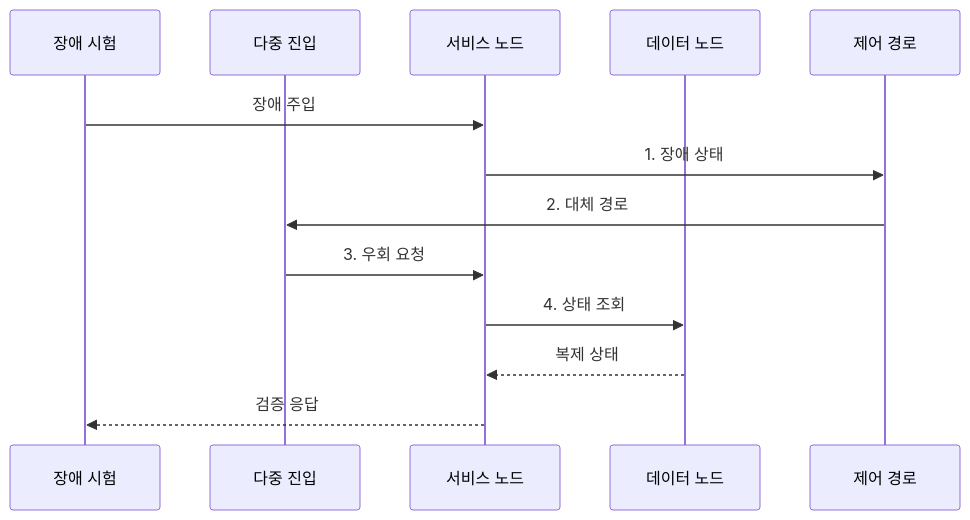
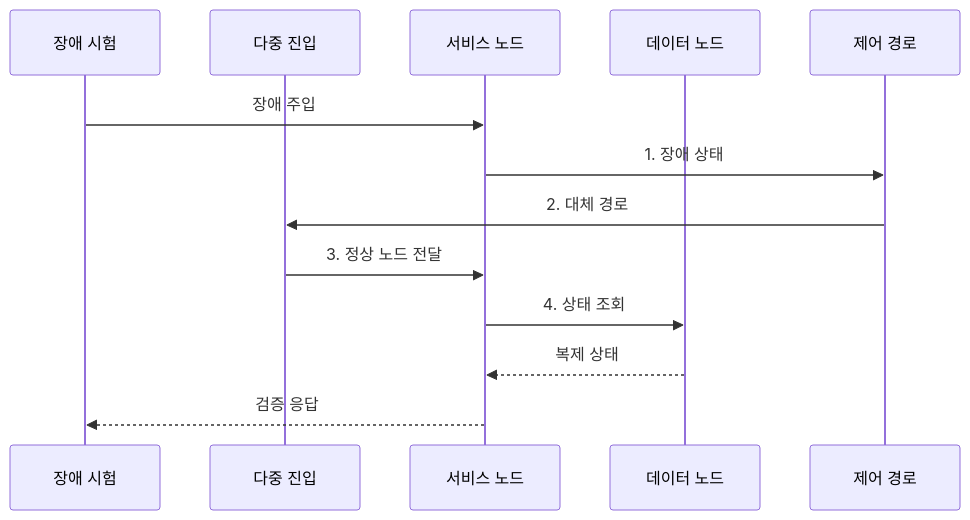
One commit to agnusdei1207/knowledge-base changed the second of 2 diagrams in src/content/docs/notes/03-software/199_spof_elimination.md. Above: the diagram before and after it, drawn with Mermaid. The commit also changed other lines of this file and 18 other files, not shown here.

````diff
--- a/src/content/docs/notes/03-software/199_spof_elimination.md
+++ b/src/content/docs/notes/03-software/199_spof_elimination.md
@@ -86,15 +88,15 @@
 ```mermaid
 sequenceDiagram
     participant T as 장애 시험
     participant E as 다중 진입
     participant S as 서비스 노드
     participant D as 데이터 노드
     participant C as 제어 경로
     T->>S: 장애 주입
     S->>C: 1. 장애 상태
     C->>E: 2. 대체 경로
-    E->>S: 3. 우회 요청
+    E->>S: 3. 정상 노드 전달
     S->>D: 4. 상태 조회
     D-->>S: 복제 상태
     S-->>T: 검증 응답
 ```
````
